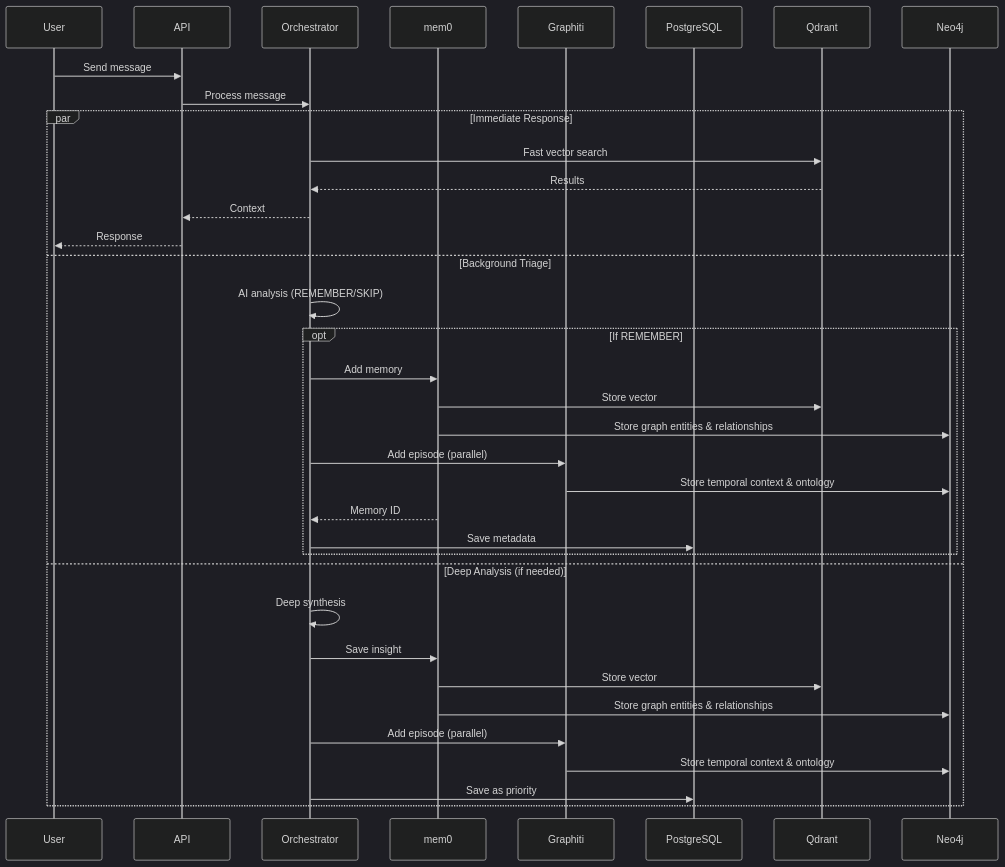
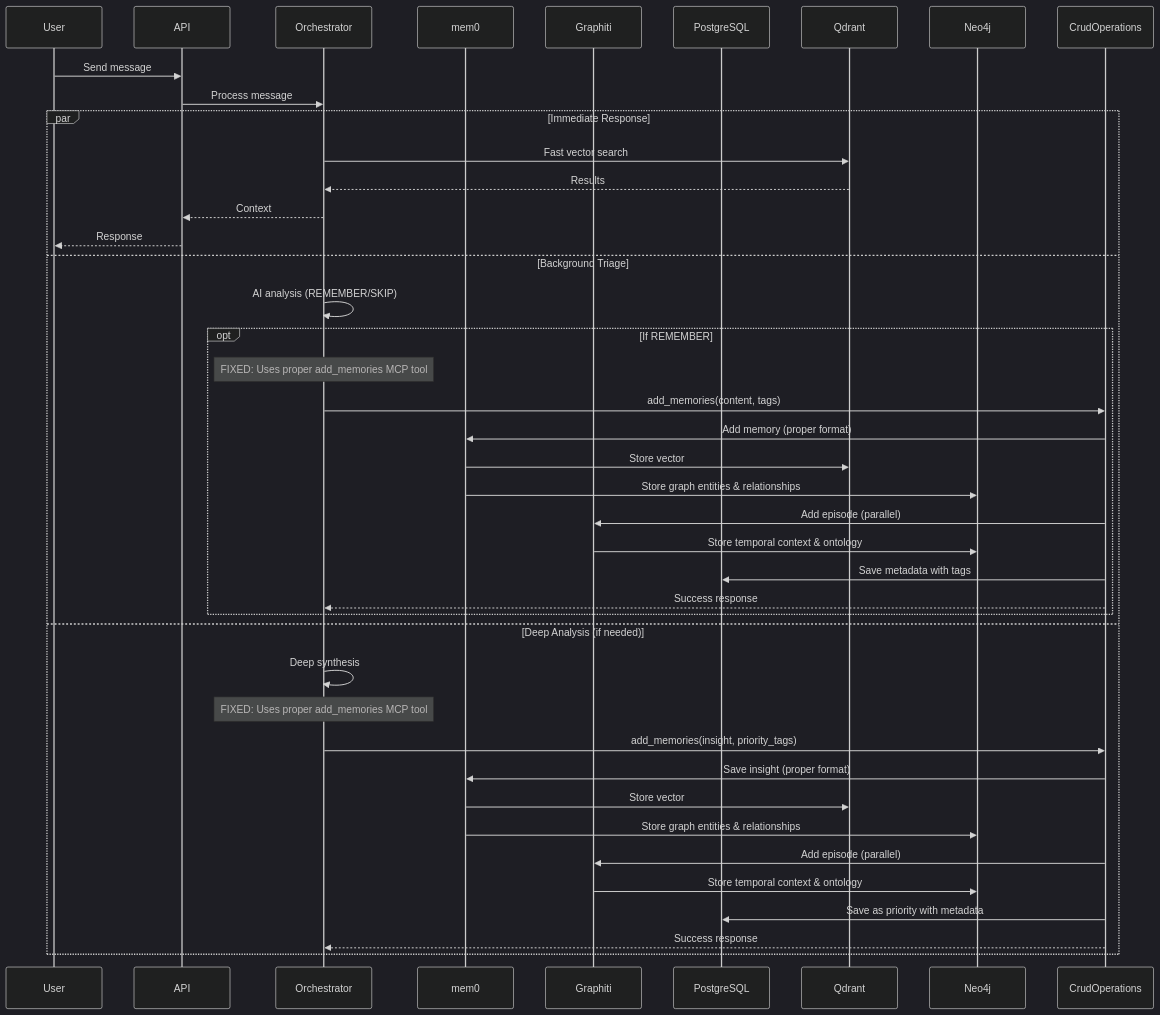
One commit to jean-technologies/jean-memory changed the second of 3 diagrams in JEAN_MEMORY_BIBLE.md. Above: the diagram before and after it, drawn with Mermaid (dark theme). The commit also changed other lines of this file, not shown here.

````diff
--- a/JEAN_MEMORY_BIBLE.md
+++ b/JEAN_MEMORY_BIBLE.md
@@ -479,40 +561,45 @@
 ```mermaid
 sequenceDiagram
     participant User
     participant API
     participant Orchestrator
     participant mem0
     participant Graphiti  
     participant PostgreSQL
     participant Qdrant
     participant Neo4j
 
     User->>API: Send message
     API->>Orchestrator: Process message
     
     par Immediate Response
         Orchestrator->>Qdrant: Fast vector search
         Qdrant-->>Orchestrator: Results
         Orchestrator-->>API: Context
         API-->>User: Response
     and Background Triage
         Orchestrator->>Orchestrator: AI analysis (REMEMBER/SKIP)
         opt If REMEMBER
-            Orchestrator->>mem0: Add memory
+            Note over Orchestrator: FIXED: Uses proper add_memories MCP tool
+            Orchestrator->>CrudOperations: add_memories(content, tags)
+            CrudOperations->>mem0: Add memory (proper format)
             mem0->>Qdrant: Store vector
             mem0->>Neo4j: Store graph entities & relationships
-            Orchestrator->>Graphiti: Add episode (parallel)
+            CrudOperations->>Graphiti: Add episode (parallel)
             Graphiti->>Neo4j: Store temporal context & ontology
-            mem0-->>Orchestrator: Memory ID
-            Orchestrator->>PostgreSQL: Save metadata
+            CrudOperations->>PostgreSQL: Save metadata with tags
+            CrudOperations-->>Orchestrator: Success response
         end
     and Deep Analysis (if needed)
         Orchestrator->>Orchestrator: Deep synthesis
-        Orchestrator->>mem0: Save insight
+        Note over Orchestrator: FIXED: Uses proper add_memories MCP tool
+        Orchestrator->>CrudOperations: add_memories(insight, priority_tags)
+        CrudOperations->>mem0: Save insight (proper format)
         mem0->>Qdrant: Store vector
         mem0->>Neo4j: Store graph entities & relationships
-        Orchestrator->>Graphiti: Add episode (parallel)
+        CrudOperations->>Graphiti: Add episode (parallel)
         Graphiti->>Neo4j: Store temporal context & ontology
-        Orchestrator->>PostgreSQL: Save as priority
+        CrudOperations->>PostgreSQL: Save as priority with metadata
+        CrudOperations-->>Orchestrator: Success response
     end
 ```
````
